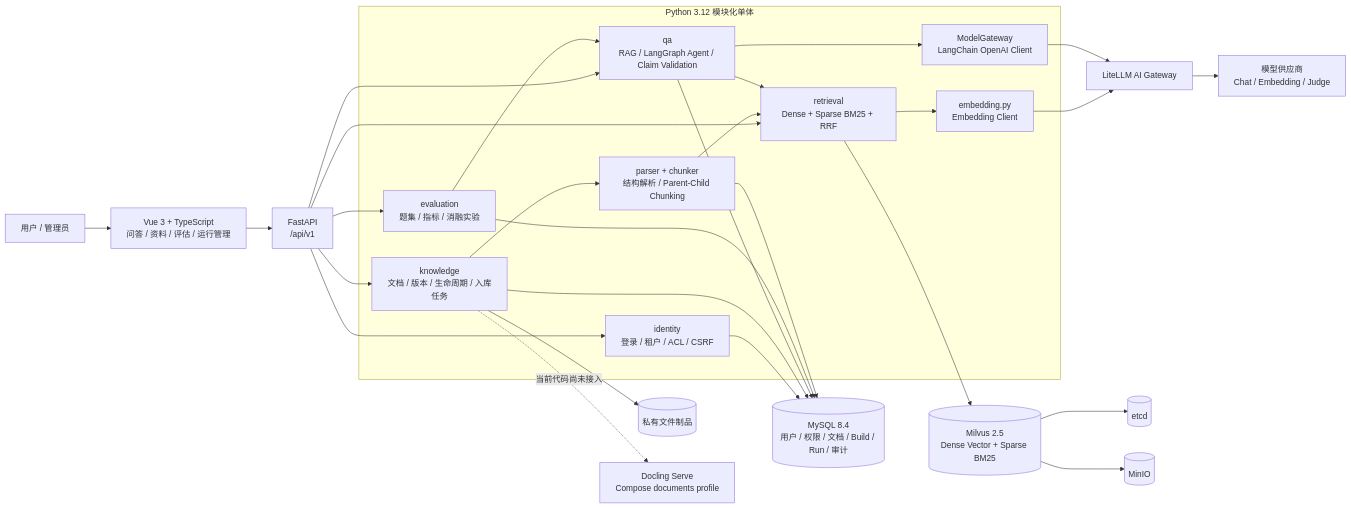
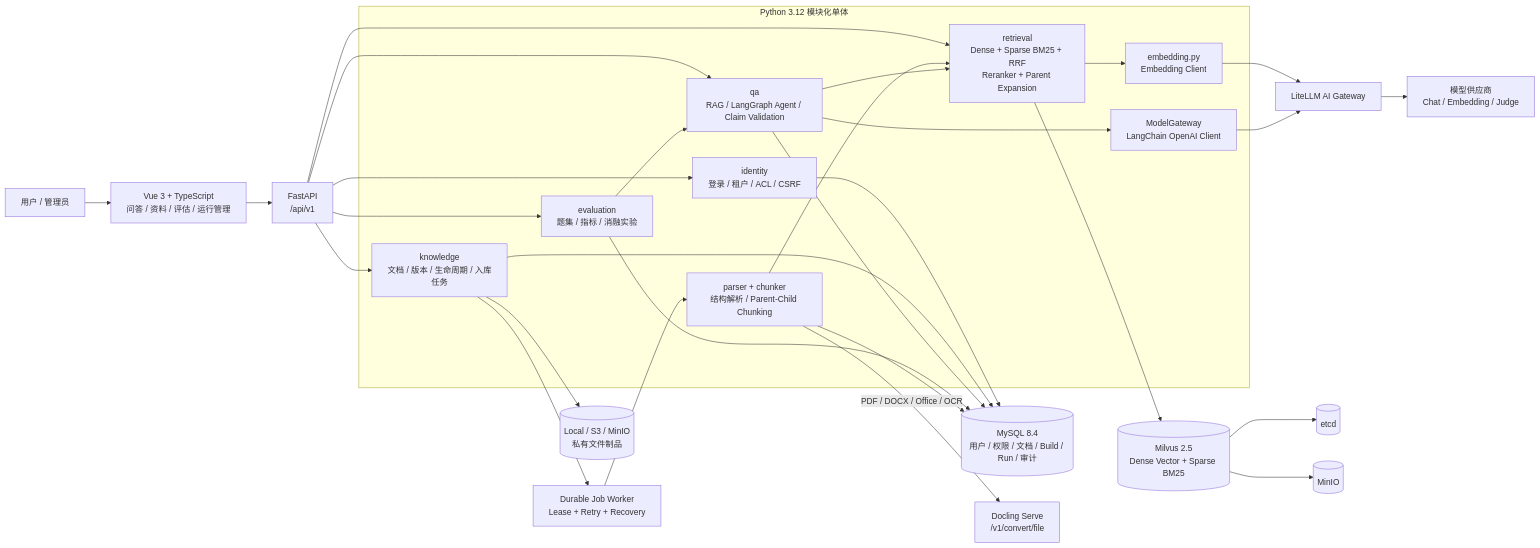
Before and after one commit to songsinfo/RAG: the first of 3 diagrams in README.md, drawn with Mermaid. The commit also changed other lines of this file and 2 other files, not shown here.

````diff
--- a/README.md
+++ b/README.md
@@ -11,48 +11,49 @@
 ```mermaid
 flowchart LR
     USER[用户 / 管理员] --> FE[Vue 3 + TypeScript<br/>问答 / 资料 / 评估 / 运行管理]
     FE --> API[FastAPI<br/>/api/v1]
 
     subgraph APP[Python 3.12 模块化单体]
         AUTH[identity<br/>登录 / 租户 / ACL / CSRF]
         KB[knowledge<br/>文档 / 版本 / 生命周期 / 入库任务]
         PARSER[parser + chunker<br/>结构解析 / Parent-Child Chunking]
-        RET[retrieval<br/>Dense + Sparse BM25 + RRF]
+        RET[retrieval<br/>Dense + Sparse BM25 + RRF<br/>Reranker + Parent Expansion]
         QA[qa<br/>RAG / LangGraph Agent / Claim Validation]
         EVAL[evaluation<br/>题集 / 指标 / 消融实验]
         MODEL[ModelGateway<br/>LangChain OpenAI Client]
         EMB[embedding.py<br/>Embedding Client]
     end
 
     API --> AUTH
     API --> KB
     API --> RET
     API --> QA
     API --> EVAL
 
     AUTH --> MYSQL[(MySQL 8.4<br/>用户 / 权限 / 文档 / Build / Run / 审计)]
     KB --> MYSQL
     QA --> MYSQL
     EVAL --> MYSQL
 
-    KB --> FS[(私有文件制品)]
-    KB --> PARSER
+    KB --> FS[(Local / S3 / MinIO<br/>私有文件制品)]
+    KB --> JOB[Durable Job Worker<br/>Lease + Retry + Recovery]
+    JOB --> PARSER
     PARSER --> MYSQL
     PARSER --> RET
 
     RET --> EMB
     EMB --> LITELLM[LiteLLM AI Gateway]
     RET --> MILVUS[(Milvus 2.5<br/>Dense Vector + Sparse BM25)]
 
     QA --> RET
     QA --> MODEL
     MODEL --> LITELLM
     EVAL --> QA
 
     LITELLM --> PROVIDER[模型供应商<br/>Chat / Embedding / Judge]
 
     MILVUS --> ETCD[(etcd)]
     MILVUS --> MINIO[(MinIO)]
 
-    KB -. 当前代码尚未接入 .-> DOCLING[Docling Serve<br/>Compose documents profile]
+    PARSER -->|PDF / DOCX / Office / OCR| DOCLING[Docling Serve<br/>/v1/convert/file]
 ```
````
